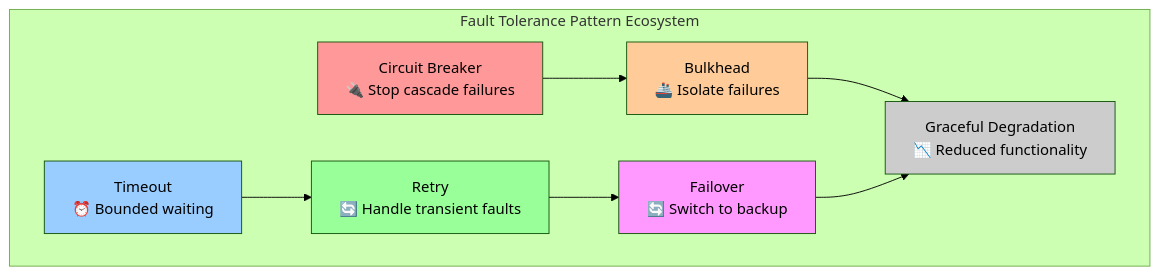
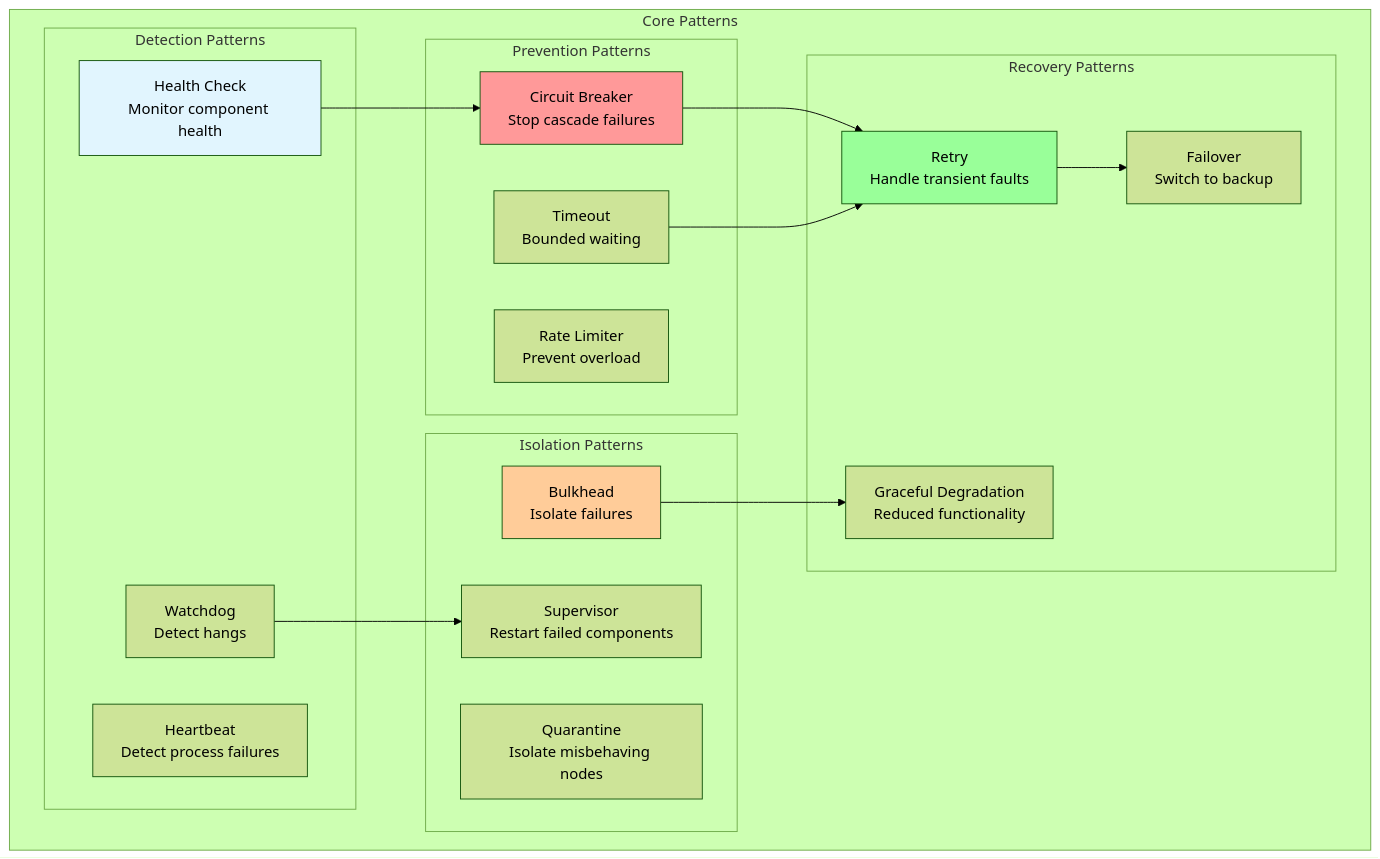
The fifth of 9 diagrams in docs/patterns/fault-tolerance.md (deepaucksharma/DStudio), drawn with Mermaid (forest theme) before and after one commit. The commit also changed other lines of this file and 248 other files, not shown here.

````diff
--- a/docs/patterns/fault-tolerance.md
+++ b/docs/patterns/fault-tolerance.md
@@ -96,24 +208,40 @@
 ```mermaid
 graph TB
-    subgraph "Fault Tolerance Pattern Ecosystem"
-        CB[Circuit Breaker<br/>🔌 Stop cascade failures]
-        TO[Timeout<br/>⏰ Bounded waiting]
-        RT[Retry<br/>🔄 Handle transient faults]
-        BH[Bulkhead<br/>🚢 Isolate failures]
-        FO[Failover<br/>🔄 Switch to backup]
-        GD[Graceful Degradation<br/>📉 Reduced functionality]
+    subgraph "Core Patterns"
+        subgraph "Detection Patterns"
+            HC[Health Check<br/>Monitor component health]
+            HB[Heartbeat<br/>Detect process failures]
+            WD[Watchdog<br/>Detect hangs]
+        end
         
-        CB --> BH
-        TO --> RT
-        RT --> FO
-        BH --> GD
-        FO --> GD
+        subgraph "Prevention Patterns"
+            CB[Circuit Breaker<br/>Stop cascade failures]
+            TO[Timeout<br/>Bounded waiting]
+            RL[Rate Limiter<br/>Prevent overload]
+        end
+        
+        subgraph "Recovery Patterns"
+            RT[Retry<br/>Handle transient faults]
+            FO[Failover<br/>Switch to backup]
+            GD[Graceful Degradation<br/>Reduced functionality]
+        end
+        
+        subgraph "Isolation Patterns"
+            BH[Bulkhead<br/>Isolate failures]
+            SV[Supervisor<br/>Restart failed components]
+            QU[Quarantine<br/>Isolate misbehaving nodes]
+        end
     end
     
+    HC --> CB
+    CB --> RT
+    RT --> FO
+    BH --> GD
+    TO --> RT
+    WD --> SV
+    
+    style HC fill:#e1f5fe
     style CB fill:#ff9999
-    style TO fill:#99ccff
     style RT fill:#99ff99
     style BH fill:#ffcc99
-    style FO fill:#ff99ff
-    style GD fill:#cccccc
 ```
````
